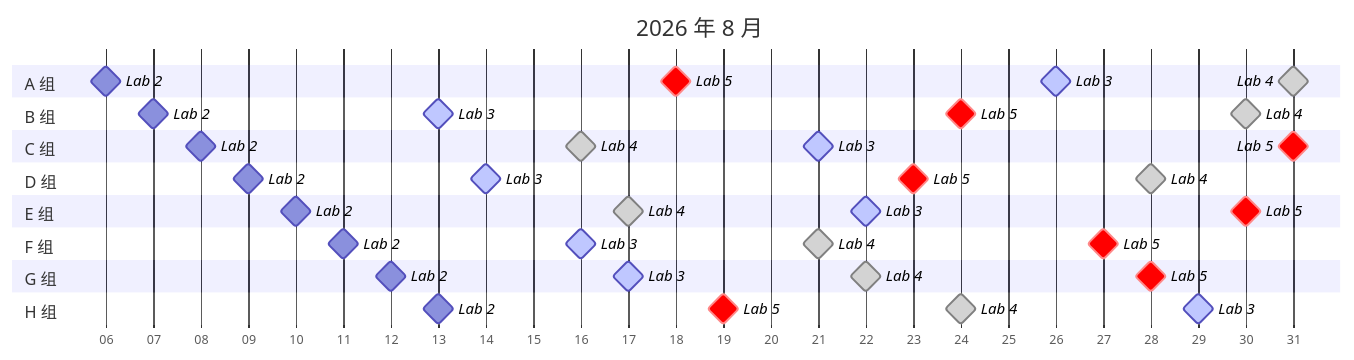
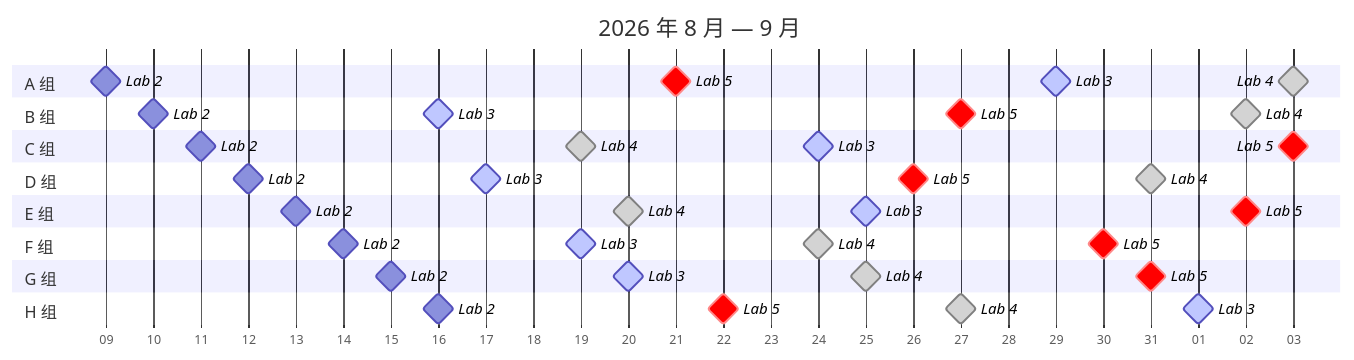
One commit to ZJUSCT/HPC101 changed the diagram in docs/index.md. Above: the diagram before and after it, drawn with Mermaid. The commit also changed other lines of this file, not shown here.

Commit message:
feat: update ddl

````diff
--- a/docs/index.md
+++ b/docs/index.md
@@ -52,58 +52,58 @@
 ```mermaid
 %%{init: {
   "gantt": {
     "displayMode": "compact",
     "fontSize": 12,
     "sectionFontSize": 13,
     "barHeight": 22,
     "numberSectionStyles": 2
   },
   "themeCSS": "svg { font-family: var(--md-mermaid-font-family, Noto Sans, sans-serif) !important; } .grid path { stroke: none !important; } .grid .tick line { stroke: var(--hpc-gantt-grid, #e7e6e0) !important; stroke-width: 1px !important; } .grid .tick text { fill: var(--hpc-gantt-tick-text, #898781) !important; font-family: inherit !important; } .titleText { fill: var(--hpc-gantt-title, #1f1f1e) !important; font-family: inherit !important; } .sectionTitle { fill: var(--hpc-gantt-section-title, #3a3a37) !important; font-weight: 600 !important; font-family: inherit !important; } .section0 { fill: var(--hpc-gantt-stripe, #f2f1ec) !important; opacity: 1 !important; } .section1 { fill: transparent !important; } text.milestoneText[class] { fill: var(--hpc-gantt-label, #3a3a37) !important; font-style: normal !important; font-weight: 500 !important; font-family: inherit !important; } .milestone.task0, .milestone.task1 { fill: var(--hpc-gantt-lab2, #2a78d6) !important; stroke: var(--hpc-gantt-lab2-border, #1c5cab) !important; } .milestone.active0, .milestone.active1 { fill: var(--hpc-gantt-lab3, #eb6834) !important; stroke: var(--hpc-gantt-lab3-border, #c14e1f) !important; } .milestone.done0, .milestone.done1 { fill: var(--hpc-gantt-lab4, #1baf7a) !important; stroke: var(--hpc-gantt-lab4-border, #12855c) !important; } .milestone.crit0, .milestone.crit1 { fill: var(--hpc-gantt-lab5, #4a3aa7) !important; stroke: var(--hpc-gantt-lab5-border, #372b80) !important; }"
 }}%%
 gantt
-    title 2026 年 8 月
+    title 2026 年 8 月 — 9 月
     dateFormat YYYY-MM-DD
     axisFormat %d
     tickInterval 1day
     todayMarker off
     section A 组
-        Lab 2 : milestone, 2026-08-06, 0d
-        Lab 5 : milestone, crit, 2026-08-18, 0d
-        Lab 3 : milestone, active, 2026-08-26, 0d
-        Lab 4 : milestone, done, 2026-08-31, 0d
+        Lab 2 : milestone, 2026-08-09, 0d
+        Lab 5 : milestone, crit, 2026-08-21, 0d
+        Lab 3 : milestone, active, 2026-08-29, 0d
+        Lab 4 : milestone, done, 2026-09-03, 0d
     section B 组
-        Lab 2 : milestone, 2026-08-07, 0d
-        Lab 3 : milestone, active, 2026-08-13, 0d
-        Lab 5 : milestone, crit, 2026-08-24, 0d
-        Lab 4 : milestone, done, 2026-08-30, 0d
+        Lab 2 : milestone, 2026-08-10, 0d
+        Lab 3 : milestone, active, 2026-08-16, 0d
+        Lab 5 : milestone, crit, 2026-08-27, 0d
+        Lab 4 : milestone, done, 2026-09-02, 0d
     section C 组
-        Lab 2 : milestone, 2026-08-08, 0d
-        Lab 4 : milestone, done, 2026-08-16, 0d
-        Lab 3 : milestone, active, 2026-08-21, 0d
-        Lab 5 : milestone, crit, 2026-08-31, 0d
+        Lab 2 : milestone, 2026-08-11, 0d
+        Lab 4 : milestone, done, 2026-08-19, 0d
+        Lab 3 : milestone, active, 2026-08-24, 0d
+        Lab 5 : milestone, crit, 2026-09-03, 0d
     section D 组
-        Lab 2 : milestone, 2026-08-09, 0d
-        Lab 3 : milestone, active, 2026-08-14, 0d
-        Lab 5 : milestone, crit, 2026-08-23, 0d
-        Lab 4 : milestone, done, 2026-08-28, 0d
-    section E 组
-        Lab 2 : milestone, 2026-08-10, 0d
-        Lab 4 : milestone, done, 2026-08-17, 0d
-        Lab 3 : milestone, active, 2026-08-22, 0d
-        Lab 5 : milestone, crit, 2026-08-30, 0d
-    section F 组
-        Lab 2 : milestone, 2026-08-11, 0d
-        Lab 3 : milestone, active, 2026-08-16, 0d
-        Lab 4 : milestone, done, 2026-08-21, 0d
-        Lab 5 : milestone, crit, 2026-08-27, 0d
-    section G 组
         Lab 2 : milestone, 2026-08-12, 0d
         Lab 3 : milestone, active, 2026-08-17, 0d
-        Lab 4 : milestone, done, 2026-08-22, 0d
-        Lab 5 : milestone, crit, 2026-08-28, 0d
+        Lab 5 : milestone, crit, 2026-08-26, 0d
+        Lab 4 : milestone, done, 2026-08-31, 0d
+    section E 组
+        Lab 2 : milestone, 2026-08-13, 0d
+        Lab 4 : milestone, done, 2026-08-20, 0d
+        Lab 3 : milestone, active, 2026-08-25, 0d
+        Lab 5 : milestone, crit, 2026-09-02, 0d
+    section F 组
+        Lab 2 : milestone, 2026-08-14, 0d
+        Lab 3 : milestone, active, 2026-08-19, 0d
+        Lab 4 : milestone, done, 2026-08-24, 0d
+        Lab 5 : milestone, crit, 2026-08-30, 0d
+    section G 组
+        Lab 2 : milestone, 2026-08-15, 0d
+        Lab 3 : milestone, active, 2026-08-20, 0d
+        Lab 4 : milestone, done, 2026-08-25, 0d
+        Lab 5 : milestone, crit, 2026-08-31, 0d
     section H 组
-        Lab 2 : milestone, 2026-08-13, 0d
-        Lab 5 : milestone, crit, 2026-08-19, 0d
-        Lab 4 : milestone, done, 2026-08-24, 0d
-        Lab 3 : milestone, active, 2026-08-29, 0d
+        Lab 2 : milestone, 2026-08-16, 0d
+        Lab 5 : milestone, crit, 2026-08-22, 0d
+        Lab 4 : milestone, done, 2026-08-27, 0d
+        Lab 3 : milestone, active, 2026-09-01, 0d
 ```
````
